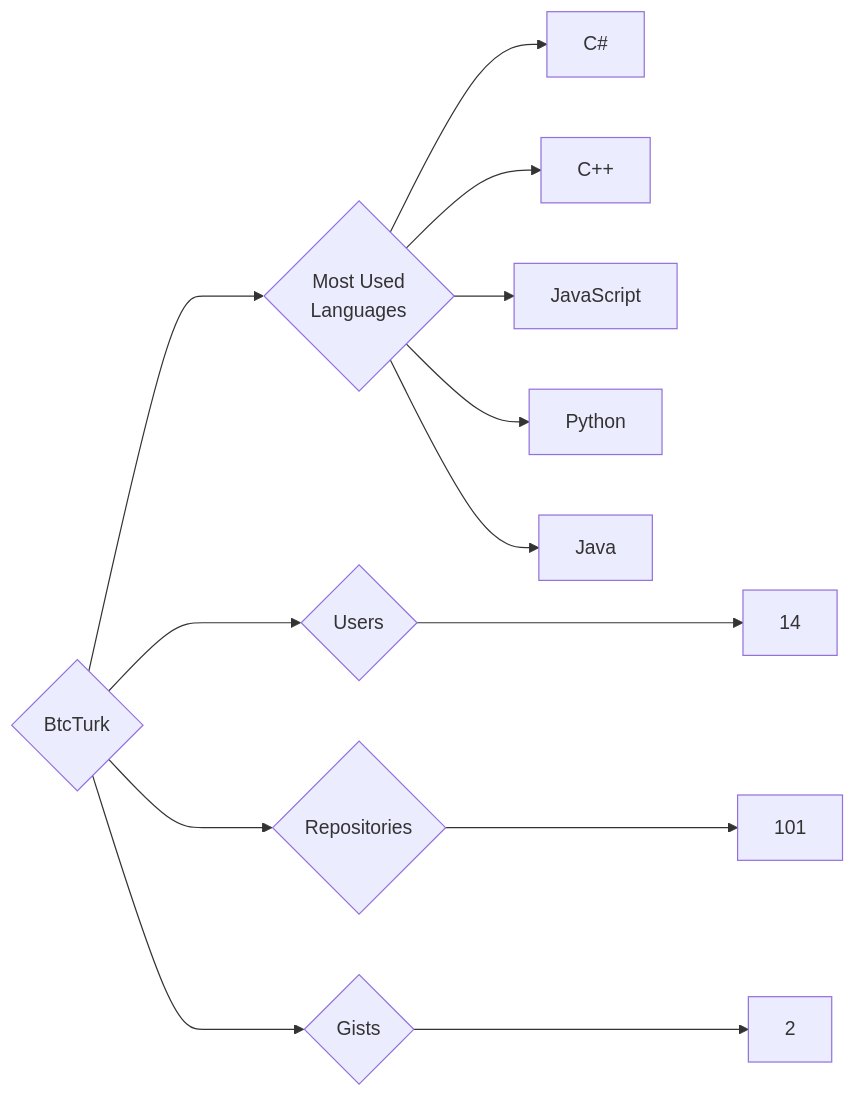
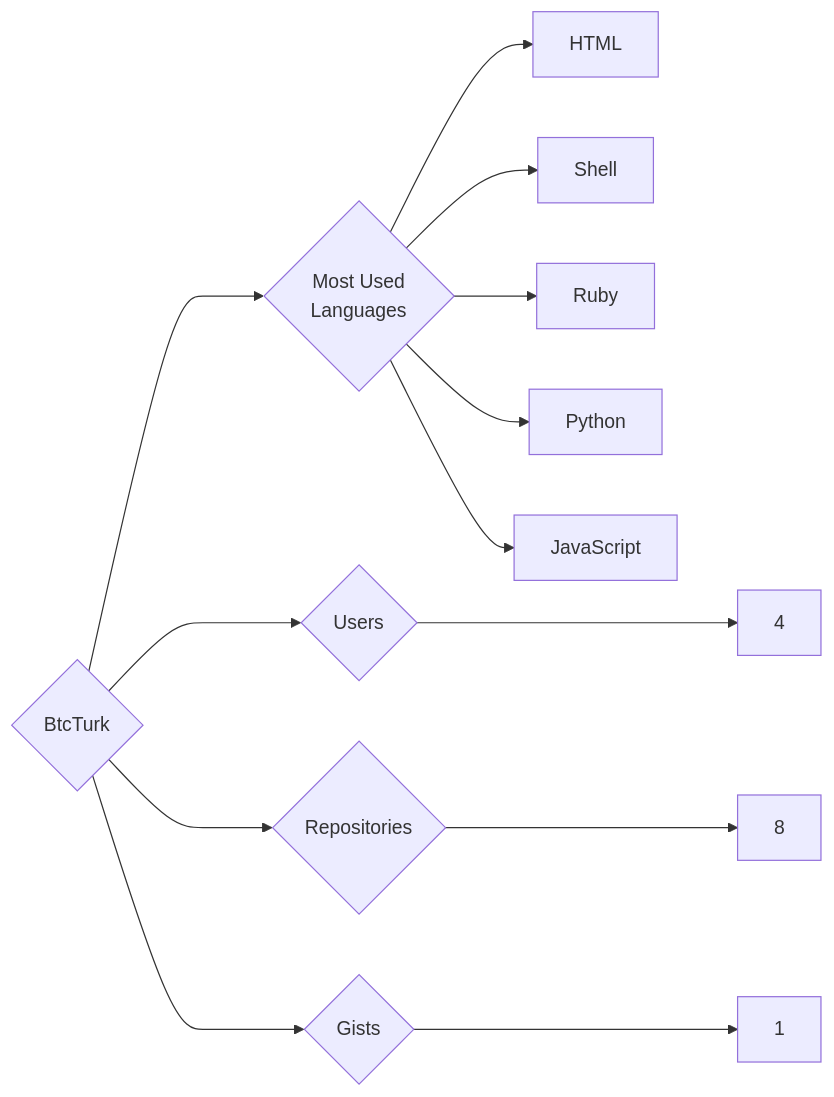
One commit to trickest/insiders changed the diagram in targets/BtcTurk/README.md. Above: the diagram before and after it, drawn with Mermaid. The commit also changed 845 other files, not shown here.

````diff
--- a/targets/BtcTurk/README.md
+++ b/targets/BtcTurk/README.md
@@ -3,13 +3,13 @@
 ```mermaid
 graph LR
 COMPANY_NAME{BtcTurk}
-COMPANY_NAME ---> U{Users} ---> UN[14]
-COMPANY_NAME ---> R{Repositories} ---> RN[101]
-COMPANY_NAME ---> G{Gists} ---> GN[2]
+COMPANY_NAME ---> U{Users} ---> UN[4]
+COMPANY_NAME ---> R{Repositories} ---> RN[8]
+COMPANY_NAME ---> G{Gists} ---> GN[1]
 COMPANY_NAME ---> ML{Most Used<br>Languages}
-ML --> C#[C#]
-ML --> C++[C++]
+ML --> HTML[HTML]
+ML --> Shell[Shell]
+ML --> Ruby[Ruby]
+ML --> Python[Python]
 ML --> JavaScript[JavaScript]
-ML --> Python[Python]
-ML --> Java[Java]
 ```
````
